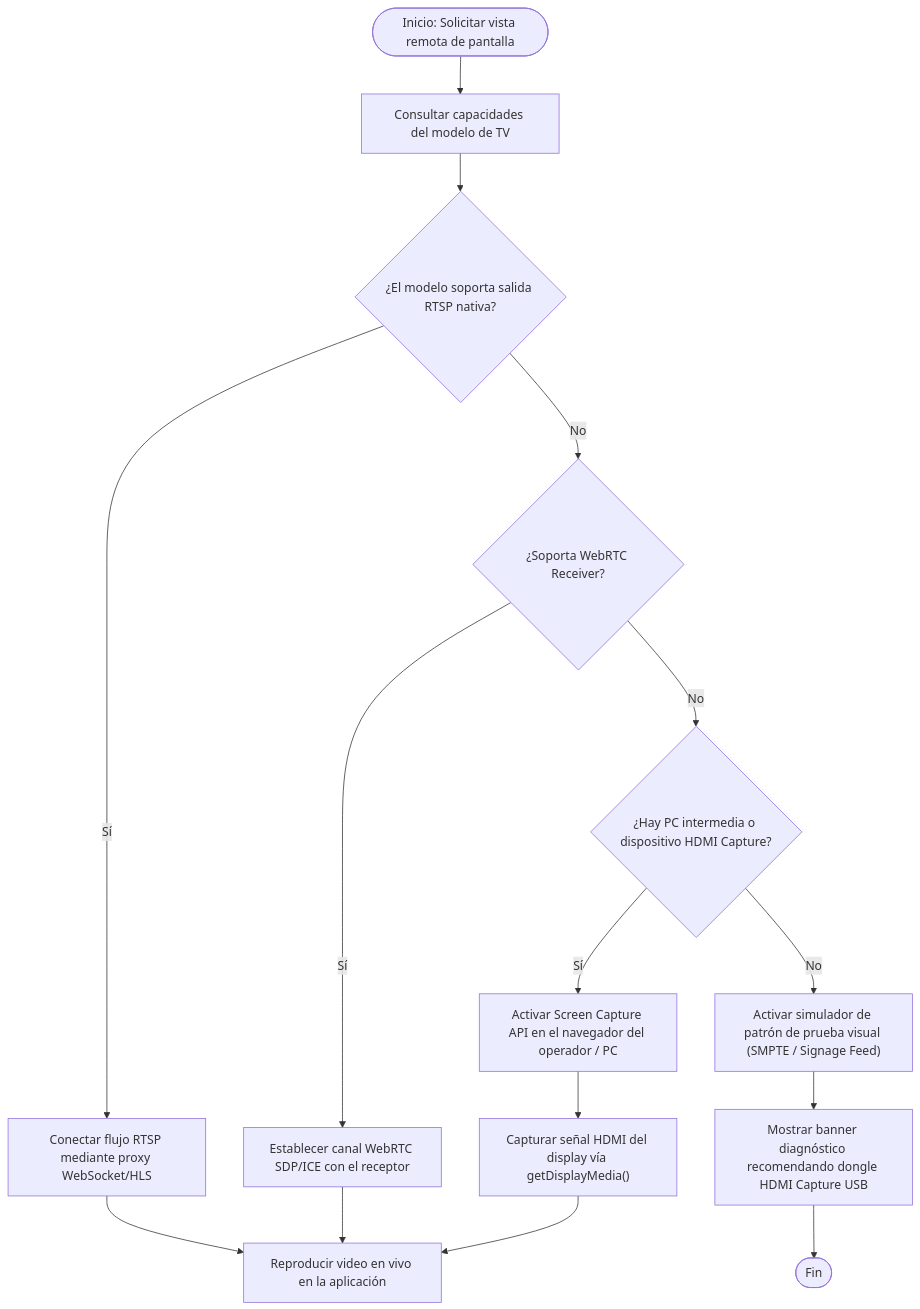
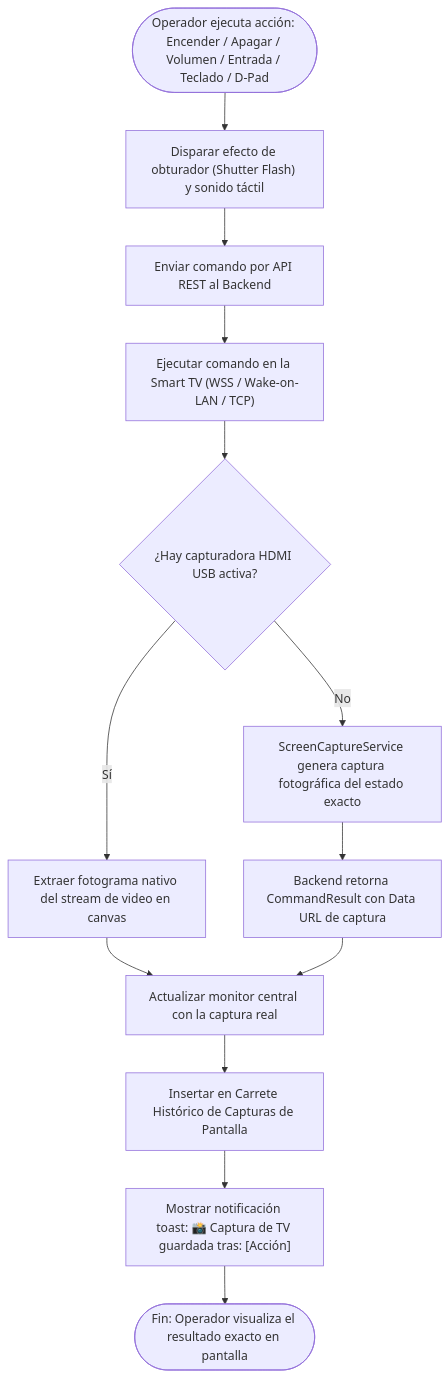
Before and after one commit to alexteori14/ControlTV: the third of 3 diagrams in docs/DIAGRAMAS_DE_FLUJO.md, drawn with Mermaid. The commit also changed other lines of this file and 24 other files, not shown here.

Commit message:
prueba de la captura de pantalla de las televisores

````diff
--- a/docs/DIAGRAMAS_DE_FLUJO.md
+++ b/docs/DIAGRAMAS_DE_FLUJO.md
@@ -93,21 +94,19 @@
 ```mermaid
 flowchart TD
-    ReqStream(["Inicio: Solicitar vista remota de pantalla"]) --> CheckModel["Consultar capacidades del modelo de TV"]
-    CheckModel --> DirectSupport{"¿El modelo soporta salida RTSP nativa?"}
+    Action(["Operador ejecuta acción: Encender / Apagar / Volumen / Entrada / Teclado / D-Pad"]) --> TriggerUI["Disparar efecto de obturador (Shutter Flash) y sonido táctil"]
+    TriggerUI --> SendCmd["Enviar comando por API REST al Backend"]
+    SendCmd --> PhysicalExec["Ejecutar comando en la Smart TV (WSS / Wake-on-LAN / TCP)"]
     
-    DirectSupport -- Sí --> ConnectRTSP["Conectar flujo RTSP mediante proxy WebSocket/HLS"]
-    ConnectRTSP --> DisplayVideo["Reproducir video en vivo en la aplicación"]
+    PhysicalExec --> ModeCheck{"¿Hay capturadora HDMI USB activa?"}
     
-    DirectSupport -- No --> WebRTCSupport{"¿Soporta WebRTC Receiver?"}
-    WebRTCSupport -- Sí --> ConnectWebRTC["Establecer canal WebRTC SDP/ICE con el receptor"]
-    ConnectWebRTC --> DisplayVideo
+    ModeCheck -- Sí --> GrabVideoFrame["Extraer fotograma nativo del stream de video en canvas"]
+    GrabVideoFrame --> UpdateMonitor["Actualizar monitor central con la captura real"]
     
-    WebRTCSupport -- No --> CheckCompanion{"¿Hay PC intermedia o dispositivo HDMI Capture?"}
-    CheckCompanion -- Sí --> ScreenCaptureAPI["Activar Screen Capture API en el navegador del operador / PC"]
-    ScreenCaptureAPI --> CaptureDisplay["Capturar señal HDMI del display vía getDisplayMedia()"]
-    CaptureDisplay --> DisplayVideo
+    ModeCheck -- No --> ServerCapture["ScreenCaptureService genera captura fotográfica del estado exacto"]
+    ServerCapture --> RetScreenshot["Backend retorna CommandResult con Data URL de captura"]
+    RetScreenshot --> UpdateMonitor
     
-    CheckCompanion -- No --> ShowFallback["Activar simulador de patrón de prueba visual (SMPTE / Signage Feed)"]
-    ShowFallback --> AlertOperator["Mostrar banner diagnóstico recomendando dongle HDMI Capture USB"]
-    AlertOperator --> EndVideo(["Fin"])
+    UpdateMonitor --> AddToReel["Insertar en Carrete Histórico de Capturas de Pantalla"]
+    AddToReel --> ToastNotify["Mostrar notificación toast: 📸 Captura de TV guardada tras: [Acción]"]
+    ToastNotify --> FinishCap(["Fin: Operador visualiza el resultado exacto en pantalla"])
 ```
````
